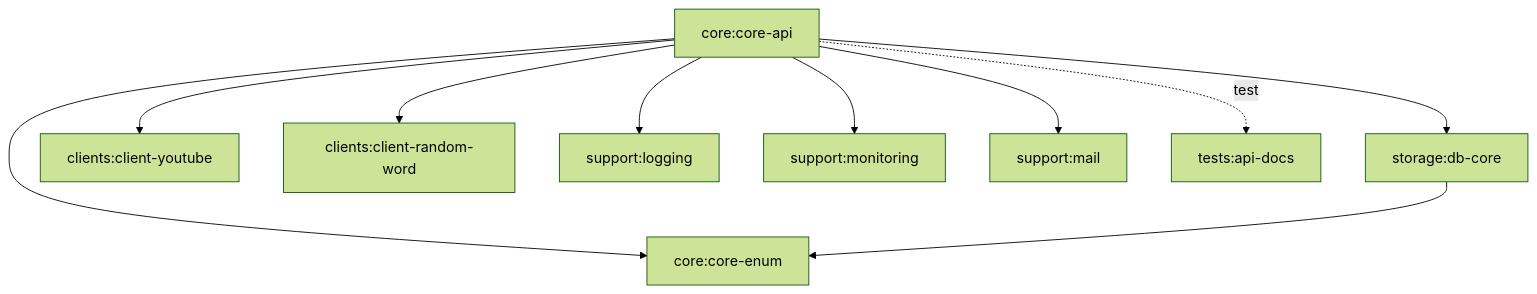
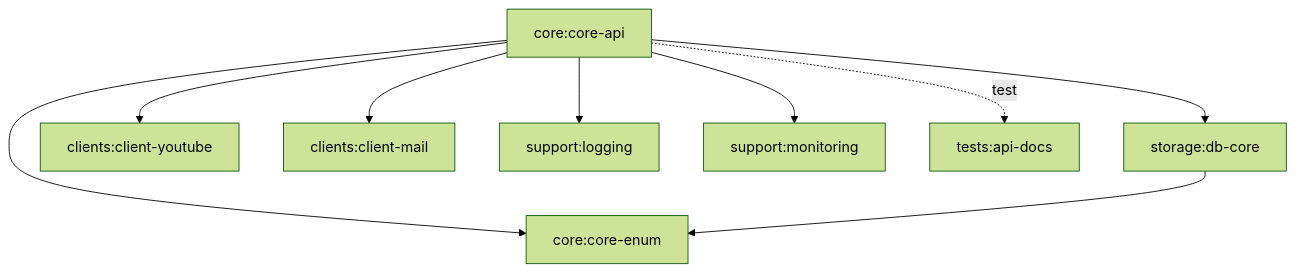
Before and after one commit to gudwns1812/FunGame: the second of 2 diagrams in backend/ARCHITECTURE.md, drawn with Mermaid (forest theme). The commit also changed other lines of this file and 11 other files, not shown here.

First line of the commit message:
build: 메일을 support 대신 clients:client-mail 로 분리한다

````diff
--- a/backend/ARCHITECTURE.md
+++ b/backend/ARCHITECTURE.md
@@ -79,23 +77,21 @@
 ```mermaid
 graph TD
     core-api["core:core-api"]
     core-enum["core:core-enum"]
     db-core["storage:db-core"]
     youtube["clients:client-youtube"]
-    randomword["clients:client-random-word"]
+    mail["clients:client-mail"]
     logging["support:logging"]
     monitoring["support:monitoring"]
-    mail["support:mail"]
     apidocs["tests:api-docs"]
 
     core-api --> core-enum
     core-api --> db-core
     core-api --> youtube
-    core-api --> randomword
+    core-api --> mail
     core-api --> logging
     core-api --> monitoring
-    core-api --> mail
     core-api -. test .-> apidocs
 
     db-core --> core-enum
 ```
````
